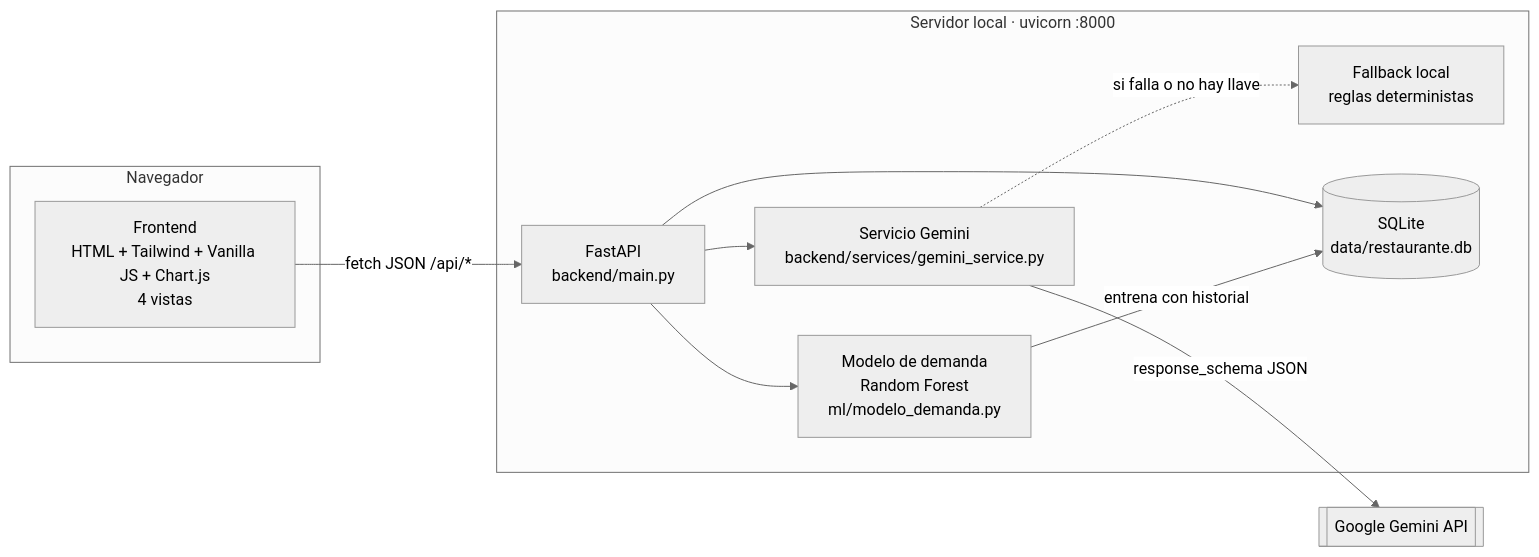
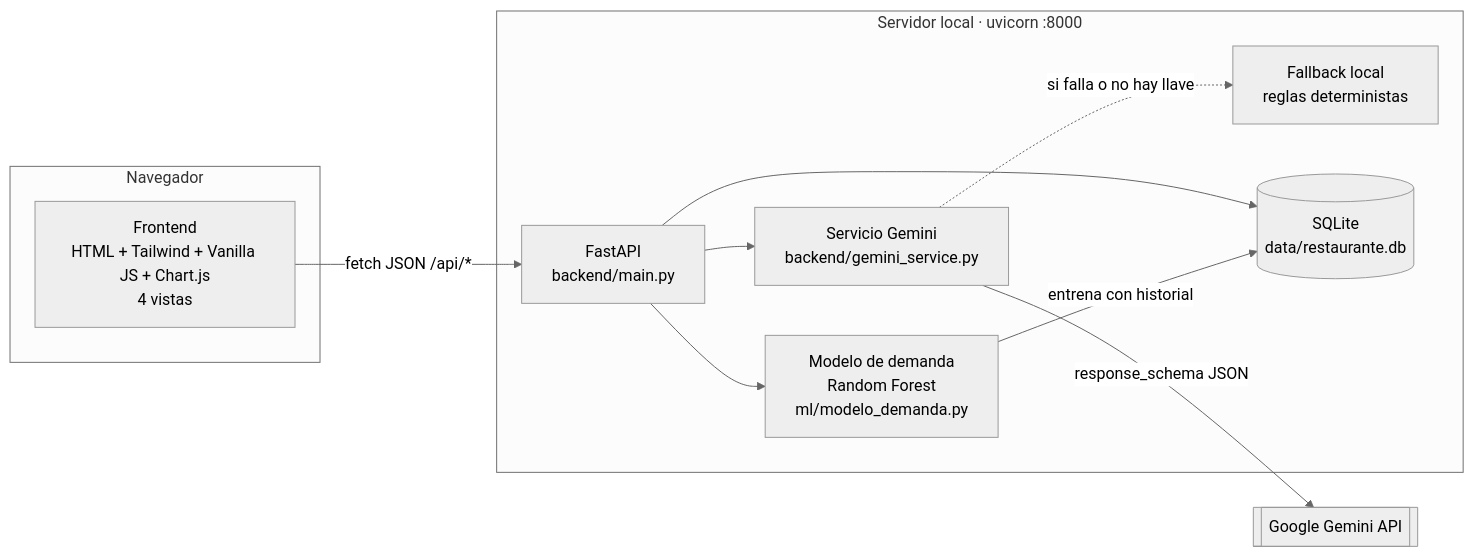
The first of 3 diagrams in docs/01_arquitectura.md (AndreRodriguez06/Hackateate_2026), drawn with Mermaid (neutral theme) before and after one commit. The commit also changed other lines of this file and 15 other files, not shown here.

````diff
--- a/docs/01_arquitectura.md
+++ b/docs/01_arquitectura.md
@@ -62,24 +62,24 @@
 ```mermaid
 flowchart LR
     subgraph Navegador
         UI[Frontend<br/>HTML + Tailwind + Vanilla JS + Chart.js<br/>4 vistas]
     end
 
     subgraph Servidor["Servidor local · uvicorn :8000"]
         API[FastAPI<br/>backend/main.py]
         ML[Modelo de demanda<br/>Random Forest<br/>ml/modelo_demanda.py]
-        GEM[Servicio Gemini<br/>backend/services/gemini_service.py]
+        GEM[Servicio Gemini<br/>backend/gemini_service.py]
         FB[Fallback local<br/>reglas deterministas]
         DB[(SQLite<br/>data/restaurante.db)]
     end
 
     GAPI[[Google Gemini API]]
 
     UI -- "fetch JSON /api/*" --> API
     API --> ML
     API --> GEM
     GEM -- "response_schema JSON" --> GAPI
     GEM -. "si falla o no hay llave" .-> FB
     API --> DB
     ML -- "entrena con historial" --> DB
 ```
````
